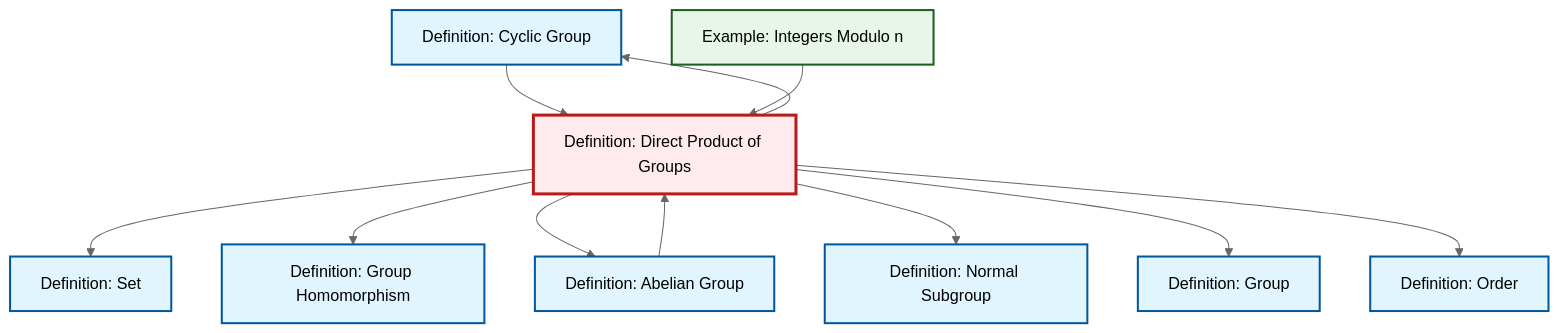
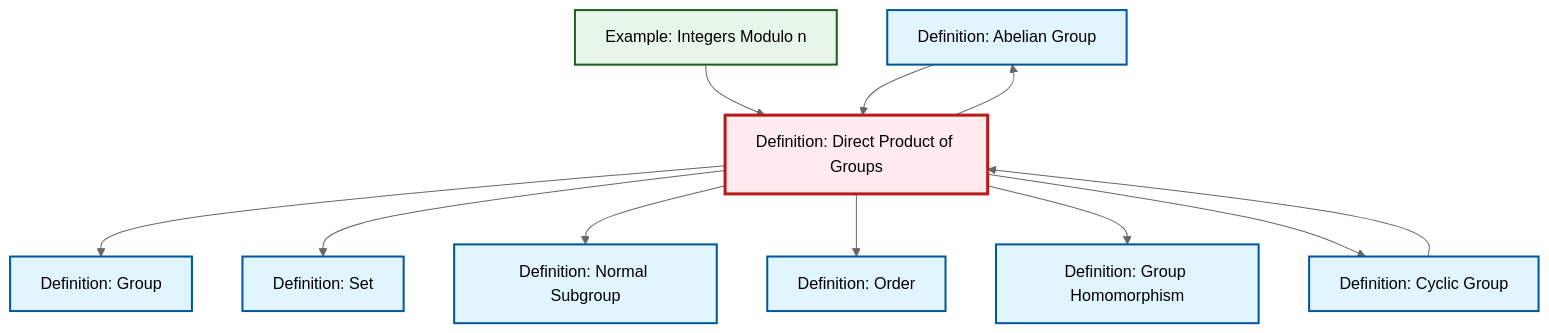
One commit to RK0429/ModernMath changed the diagram in content/ja/algebra/def-direct-product.qmd. Above: the diagram before and after it, drawn with Mermaid (neutral theme). The commit also changed other lines of this file and 619 other files, not shown here.

````diff
--- a/content/ja/algebra/def-direct-product.qmd
+++ b/content/ja/algebra/def-direct-product.qmd
@@ -25,37 +25,37 @@
 ```{mermaid}
 %%| fig-cap: "Local dependency graph"
 graph TD
     classDef definition fill:#e1f5fe,stroke:#01579b,stroke-width:2px
     classDef theorem fill:#f3e5f5,stroke:#4a148c,stroke-width:2px
     classDef axiom fill:#fff3e0,stroke:#e65100,stroke-width:2px
     classDef example fill:#e8f5e9,stroke:#1b5e20,stroke-width:2px
     classDef current fill:#ffebee,stroke:#b71c1c,stroke-width:3px
+    def-normal-subgroup["Definition: Normal Subgroup"]:::definition
+    def-abelian-group["Definition: Abelian Group"]:::definition
+    def-group["Definition: Group"]:::definition
+    def-set["Definition: Set"]:::definition
     def-cyclic-group["Definition: Cyclic Group"]:::definition
-    def-order["Definition: Order"]:::definition
     ex-quotient-integers-mod-n["Example: Integers Modulo n"]:::example
     def-homomorphism["Definition: Group Homomorphism"]:::definition
-    def-set["Definition: Set"]:::definition
-    def-normal-subgroup["Definition: Normal Subgroup"]:::definition
-    def-abelian-group["Definition: Abelian Group"]:::definition
+    def-order["Definition: Order"]:::definition
     def-direct-product["Definition: Direct Product of Groups"]:::definition
-    def-group["Definition: Group"]:::definition
+    def-direct-product --> def-group
+    ex-quotient-integers-mod-n --> def-direct-product
     def-direct-product --> def-set
+    def-direct-product --> def-normal-subgroup
+    def-direct-product --> def-order
+    def-cyclic-group --> def-direct-product
     def-direct-product --> def-homomorphism
     def-direct-product --> def-abelian-group
-    def-direct-product --> def-normal-subgroup
     def-abelian-group --> def-direct-product
-    def-direct-product --> def-group
-    def-cyclic-group --> def-direct-product
-    def-direct-product --> def-order
     def-direct-product --> def-cyclic-group
-    ex-quotient-integers-mod-n --> def-direct-product
     class def-direct-product current
-    click def-cyclic-group "def-cyclic-group.html" "Definition: Cyclic Groupへ"
-    click def-order "def-order.html" "Definition: Orderへ"
-    click ex-quotient-integers-mod-n "ex-quotient-integers-mod-n.html" "Example: Integers Modulo nへ"
-    click def-homomorphism "def-homomorphism.html" "Definition: Group Homomorphismへ"
-    click def-set "def-set.html" "Definition: Setへ"
     click def-normal-subgroup "def-normal-subgroup.html" "Definition: Normal Subgroupへ"
     click def-abelian-group "def-abelian-group.html" "Definition: Abelian Groupへ"
     click def-group "def-group.html" "Definition: Groupへ"
+    click def-set "def-set.html" "Definition: Setへ"
+    click def-cyclic-group "def-cyclic-group.html" "Definition: Cyclic Groupへ"
+    click ex-quotient-integers-mod-n "ex-quotient-integers-mod-n.html" "Example: Integers Modulo nへ"
+    click def-homomorphism "def-homomorphism.html" "Definition: Group Homomorphismへ"
+    click def-order "def-order.html" "Definition: Orderへ"
 ```
````
